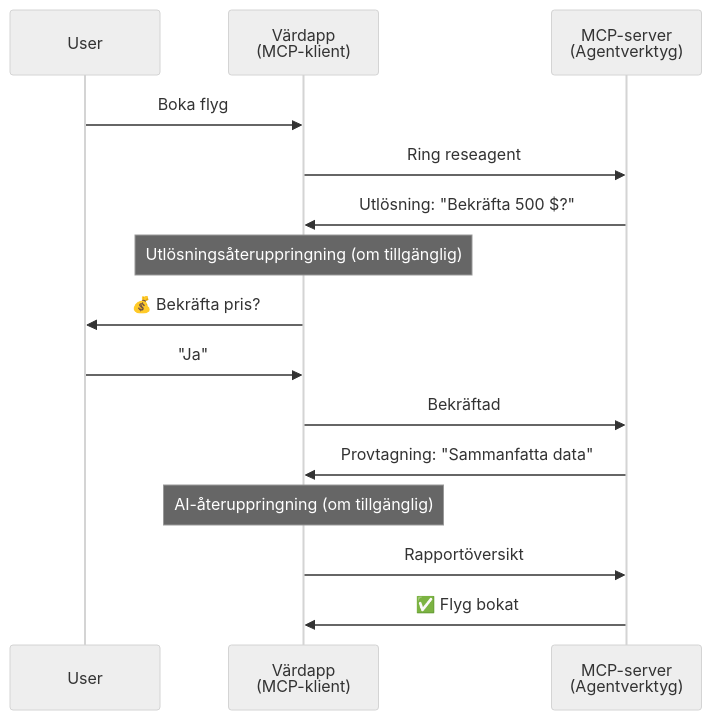
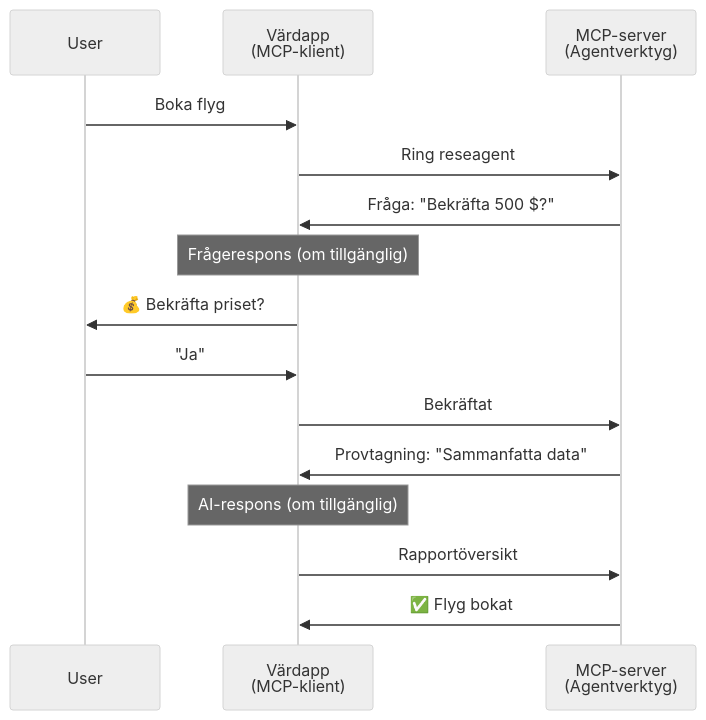
One commit to gabrielmoreira/agent-skills-mirror changed the fourth of 5 diagrams in mirrors/repos/microsoft@ai-agents-for-beginners/translations/sv/11-agentic-protocols/code_samples/mcp-agents/README.md. Above: the diagram before and after it, drawn with Mermaid (neutral theme). The commit also changed other lines of this file and 4262 other files, not shown here.

````diff
--- a/mirrors/repos/microsoft@ai-agents-for-beginners/translations/sv/11-agentic-protocols/code_samples/mcp-agents/README.md
+++ b/mirrors/repos/microsoft@ai-agents-for-beginners/translations/sv/11-agentic-protocols/code_samples/mcp-agents/README.md
@@ -163,21 +163,21 @@
 ```mermaid
 sequenceDiagram
     participant User
     participant Host as Värdapp<br/>(MCP-klient)
     participant Server as MCP-server<br/>(Agentverktyg)
 
     User->>Host: Boka flyg
     Host->>Server: Ring reseagent
 
-    Server->>Host: Utlösning: "Bekräfta 500 $?"
-    Note over Host: Utlösningsåteruppringning (om tillgänglig)
-    Host->>User: 💰 Bekräfta pris?
+    Server->>Host: Fråga: "Bekräfta 500 $?"
+    Note over Host: Frågerespons (om tillgänglig)
+    Host->>User: 💰 Bekräfta priset?
     User->>Host: "Ja"
-    Host->>Server: Bekräftad
+    Host->>Server: Bekräftat
 
     Server->>Host: Provtagning: "Sammanfatta data"
-    Note over Host: AI-återuppringning (om tillgänglig)
+    Note over Host: AI-respons (om tillgänglig)
     Host->>Server: Rapportöversikt
 
     Server->>Host: ✅ Flyg bokat
 ```
````
